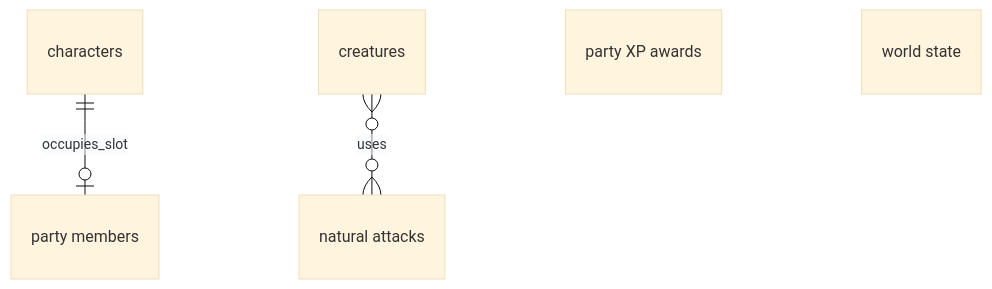
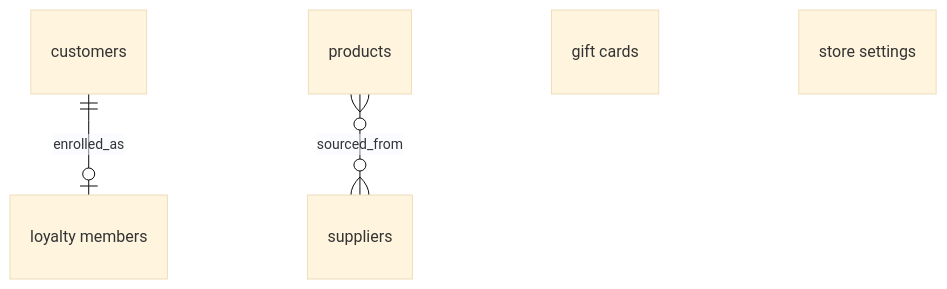
Before and after one commit to jonasferagen/agent-skills: the third of 7 diagrams in skills/authoring/diagrams-and-tables/references/er/examples.md, drawn with Mermaid (base theme). The commit also changed other lines of this file and 95 other files, not shown here.

````diff
--- a/skills/authoring/diagrams-and-tables/references/er/examples.md
+++ b/skills/authoring/diagrams-and-tables/references/er/examples.md
@@ -83,11 +78,11 @@
 ```mermaid
 erDiagram
-  GAME_CHARACTERS["characters"]
-  GAME_PARTY_MEMBERS["party members"]
-  GAME_CREATURES["creatures"]
-  GAME_NATURAL_ATTACKS["natural attacks"]
-  GAME_PARTY_XP_AWARD["party XP awards"]
-  GAME_WORLD_STATE["world state"]
-  GAME_CHARACTERS ||--o| GAME_PARTY_MEMBERS : occupies_slot
-  GAME_CREATURES }o--o{ GAME_NATURAL_ATTACKS : uses
+  CUSTOMERS["customers"]
+  LOYALTY_MEMBERS["loyalty members"]
+  PRODUCTS["products"]
+  SUPPLIERS["suppliers"]
+  GIFT_CARDS["gift cards"]
+  STORE_SETTINGS["store settings"]
+  CUSTOMERS ||--o| LOYALTY_MEMBERS : enrolled_as
+  PRODUCTS }o--o{ SUPPLIERS : sourced_from
 ```
````
